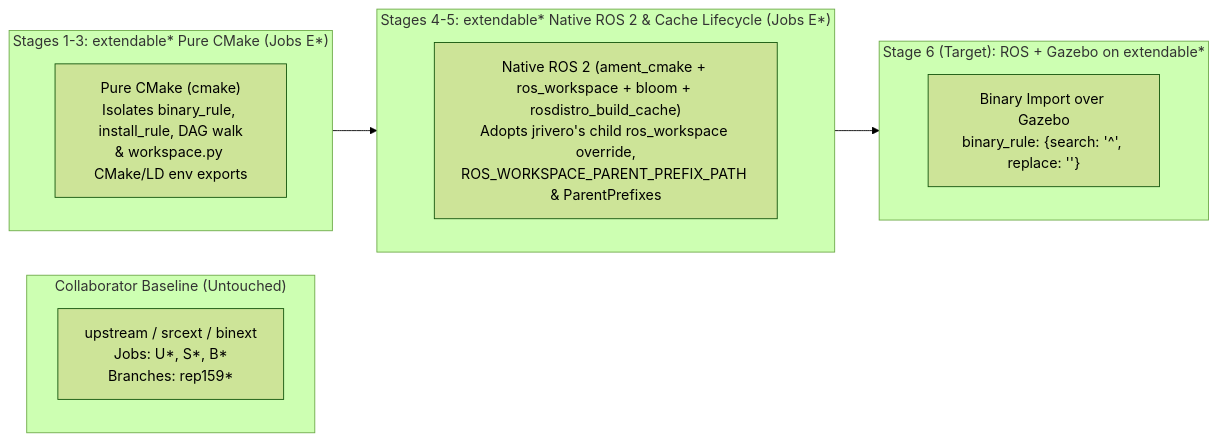
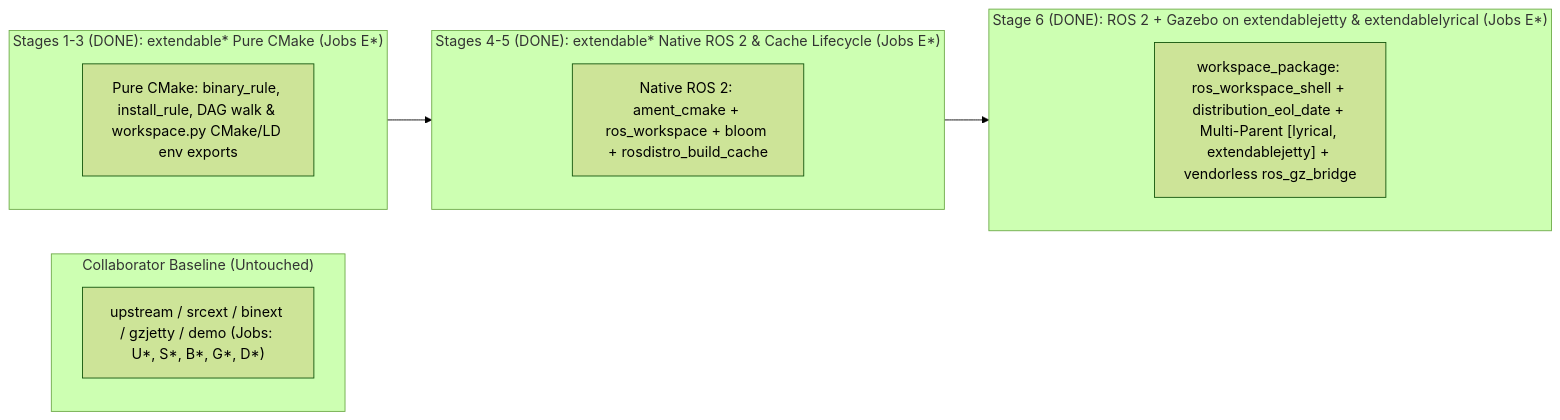
One commit to KmoM88/rep159-testing changed the first of 8 diagrams in TOPOLOGICAL_TESTING_EVIDENCE_GIST.md. Above: the diagram before and after it, drawn with Mermaid (forest theme). The commit also changed other lines of this file and 15 other files, not shown here.

Commit message:
Consolidate Stage 1-6 docs in roadmap/ with Mermaid core vs testbed diagrams, update rollout/PR plans, and sync Gist

````diff
--- a/TOPOLOGICAL_TESTING_EVIDENCE_GIST.md
+++ b/TOPOLOGICAL_TESTING_EVIDENCE_GIST.md
@@ -9,20 +9,20 @@
 ```mermaid
 flowchart LR
     subgraph Collab ["Collaborator Baseline (Untouched)"]
-        U["upstream / srcext / binext<br/>Jobs: U*, S*, B*<br/>Branches: rep159*"]
+        U["upstream / srcext / binext / gzjetty / demo (Jobs: U*, S*, B*, G*, D*)"]
     end
 
-    subgraph ExtendableCMake ["Stages 1-3: extendable* Pure CMake (Jobs E*)"]
-        E["Pure CMake (<build_type>cmake</build_type>)<br/>Isolates binary_rule, install_rule, DAG walk<br/>& workspace.py CMake/LD env exports"]
+    subgraph ExtendableCMake ["Stages 1-3 (DONE): extendable* Pure CMake (Jobs E*)"]
+        E["Pure CMake: binary_rule, install_rule, DAG walk & workspace.py CMake/LD env exports"]
     end
 
-    subgraph ExtendableWorkspace ["Stages 4-5: extendable* Native ROS 2 & Cache Lifecycle (Jobs E*)"]
-        C["Native ROS 2 (ament_cmake + ros_workspace + bloom + rosdistro_build_cache)<br/>Adopts jrivero's child ros_workspace override,<br/>ROS_WORKSPACE_PARENT_PREFIX_PATH & ParentPrefixes"]
+    subgraph ExtendableWorkspace ["Stages 4-5 (DONE): extendable* Native ROS 2 & Cache Lifecycle (Jobs E*)"]
+        C["Native ROS 2: ament_cmake + ros_workspace + bloom + rosdistro_build_cache"]
     end
 
-    subgraph ExtendableGazebo ["Stage 6 (Target): ROS + Gazebo on extendable*"]
-        G["Binary Import over Gazebo<br/>binary_rule: {search: '^', replace: ''}"]
+    subgraph ExtendableGazebo ["Stage 6 (DONE): ROS 2 + Gazebo on extendablejetty & extendablelyrical (Jobs E*)"]
+        G["workspace_package: ros_workspace_shell + distribution_eol_date + Multi-Parent [lyrical, extendablejetty] + vendorless ros_gz_bridge"]
     end
 
     ExtendableCMake --> ExtendableWorkspace --> ExtendableGazebo
 ```
````
